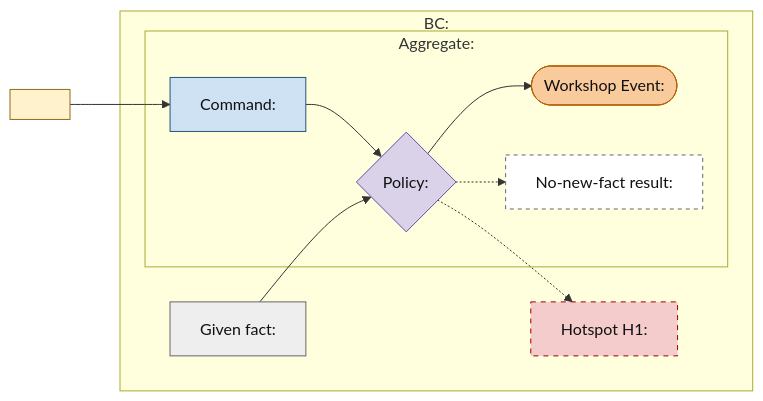
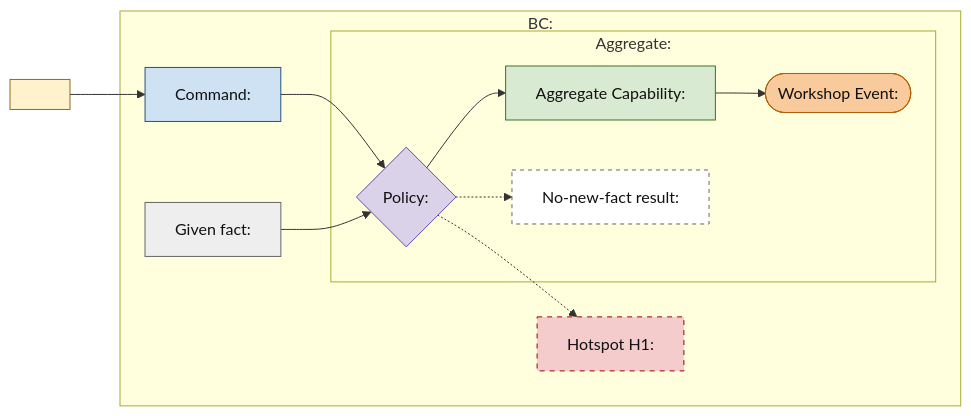
One commit to jacexh/skill-workshop changed the diagram in plugins/ddd-expert/templates/event-storming.md. Above: the diagram before and after it, drawn with Mermaid. The commit also changed other lines of this file and 28 other files, not shown here.

````diff
--- a/plugins/ddd-expert/templates/event-storming.md
+++ b/plugins/ddd-expert/templates/event-storming.md
@@ -17,32 +17,34 @@
 ```mermaid
 flowchart LR
     actor["<Actor>"]:::actor
 
     subgraph BC["BC: <Bounded Context>"]
         given["Given fact: <Pre-existing authority or state>"]:::given
+        command["Command: <Business intent>"]:::command
         subgraph Aggregate["Aggregate: <Aggregate Root>"]
-            command["Command: <Business intent>"]:::command
             policy{"Policy: <Decision rule>"}:::policy
+            capability["Aggregate Capability: <Root-owned operation>"]:::capability
             event(["Workshop Event: <Past-tense business fact>"]):::event
             %% Selected form: event(["Workshop Event: <Past-tense business fact><br/>Domain Event: <Canonical past-tense fact>"]):::event
             no_fact["No-new-fact result: <Rejected or unchanged>"]:::result
         end
         hotspot_H1["Hotspot H1: <Non-blocking question>"]:::hotspot
     end
 
-    actor --> command --> policy --> event
+    actor --> command --> policy --> capability --> event
     given --> policy
     policy -.-> no_fact
     %% Reaction form: selected_event --> reaction_policy["Reaction Policy: <Why the fact causes the next intent>"] --> next_command["Command: <Next business intent>"]
     %% Cross-context form: event -- "Published Fact Contract: <name>" --> downstream_context
     policy -.-> hotspot_H1
 
     classDef actor fill:#fff2cc,stroke:#8a6d1d,color:#111
     classDef external fill:#d9eaf7,stroke:#24527a,color:#111
     classDef command fill:#cfe2f3,stroke:#24527a,color:#111
     classDef policy fill:#d9d2e9,stroke:#674ea7,color:#111
+    classDef capability fill:#d9ead3,stroke:#38761d,color:#111
     classDef event fill:#f9cb9c,stroke:#b45f06,color:#111
     classDef given fill:#eeeeee,stroke:#666666,color:#111
     classDef result fill:#ffffff,stroke:#666666,color:#111,stroke-dasharray: 4 4
     classDef hotspot fill:#f4cccc,stroke:#990000,color:#111,stroke-dasharray: 5 5
 ```
````
